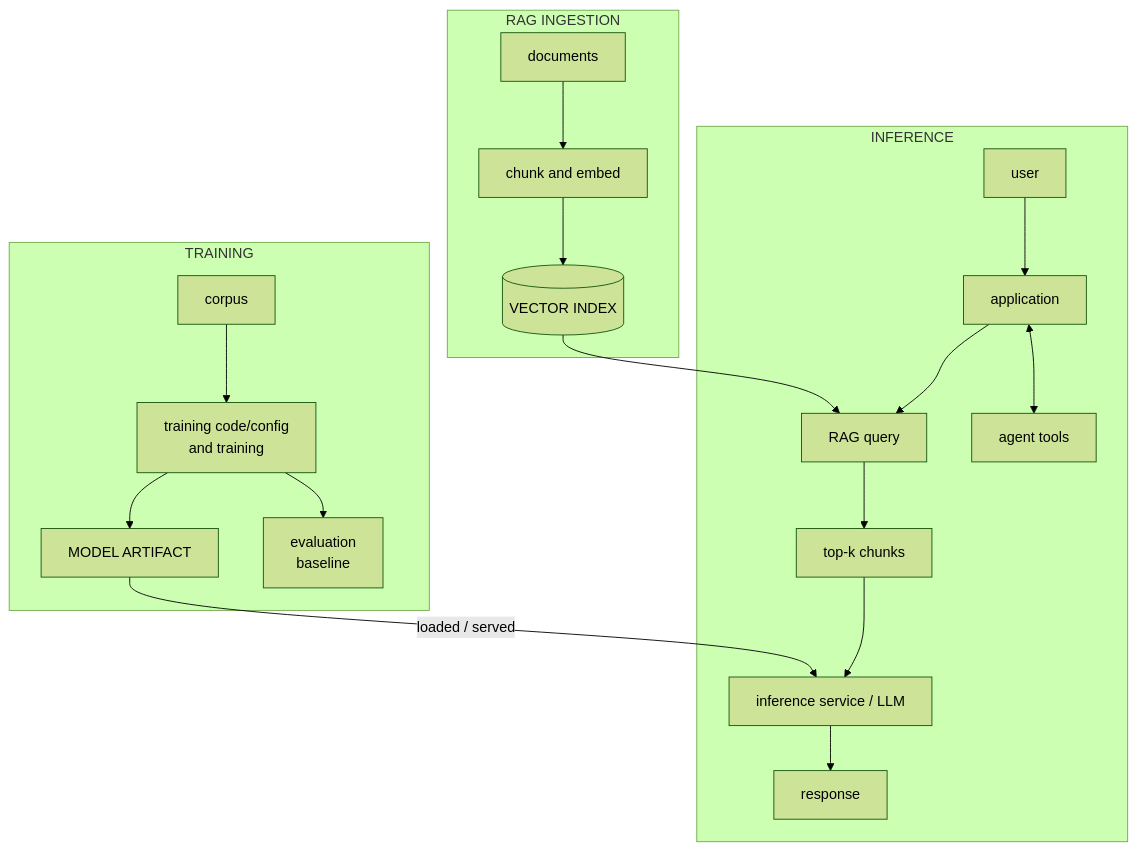
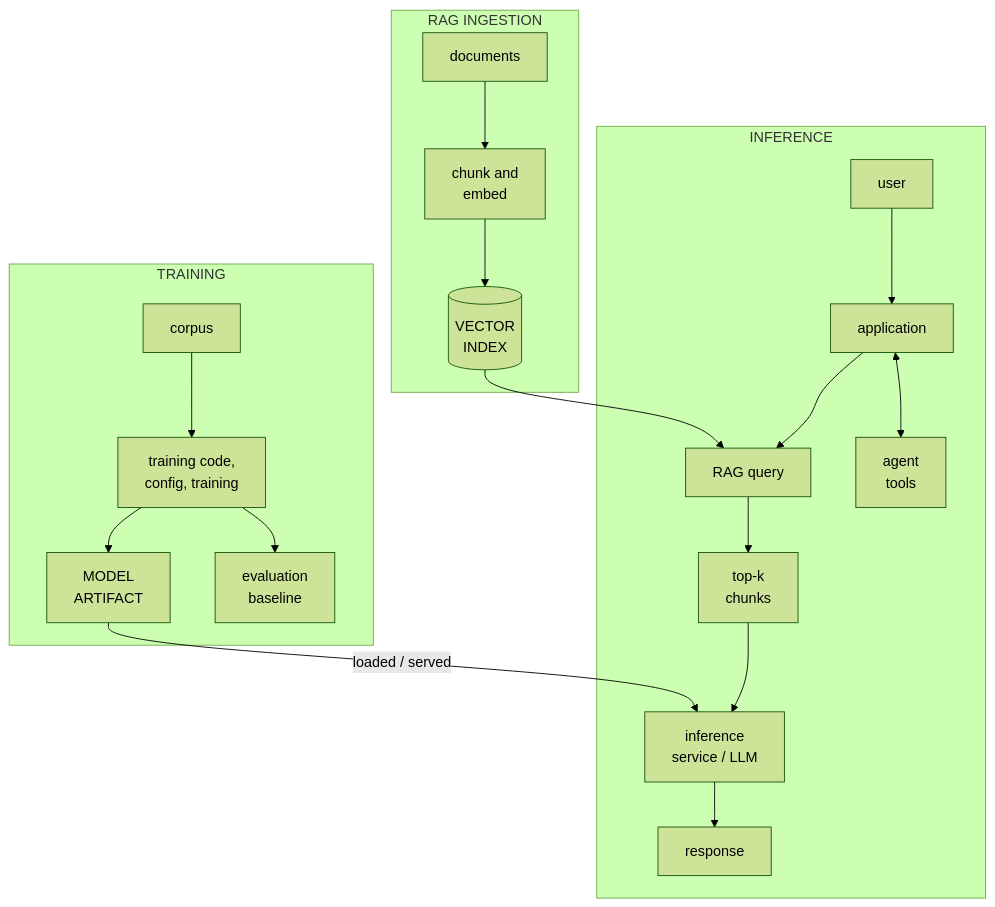
The fifth of 5 diagrams in 01_foundations_ai_ml.md (jwardon/ai-security-101), drawn with Mermaid (forest theme) before and after one commit. The commit also changed other lines of this file and 5 other files, not shown here.

Commit message:
Redesign diagrams (RAG, classifiers, agents, trust boundaries, threat-modeling loop) and show author display name

````diff
--- a/01_foundations_ai_ml.md
+++ b/01_foundations_ai_ml.md
@@ -87,22 +109,22 @@
 ```mermaid
 flowchart TB
     subgraph training["TRAINING"]
-        corpus["corpus"] --> trainer["training code/config<br/>and training"]
-        trainer --> model["MODEL ARTIFACT"]
+        corpus["corpus"] --> trainer["training code,<br/>config, training"]
+        trainer --> model["MODEL<br/>ARTIFACT"]
         trainer --> baseline["evaluation<br/>baseline"]
     end
     subgraph ingestion["RAG INGESTION"]
-        docs["documents"] --> embed["chunk and embed"]
-        embed --> index[("VECTOR INDEX")]
+        docs["documents"] --> embed["chunk and<br/>embed"]
+        embed --> index[("VECTOR<br/>INDEX")]
     end
     subgraph inference["INFERENCE"]
         user["user"] --> app["application"]
         app --> rag["RAG query"]
-        app <--> tools["agent tools"]
-        rag --> topk["top-k chunks"]
-        topk --> llm["inference service / LLM"]
+        app <--> tools["agent<br/>tools"]
+        rag --> topk["top-k<br/>chunks"]
+        topk --> llm["inference<br/>service / LLM"]
         llm --> resp["response"]
     end
     model -->|"loaded / served"| llm
     index --> rag
 ```
````
